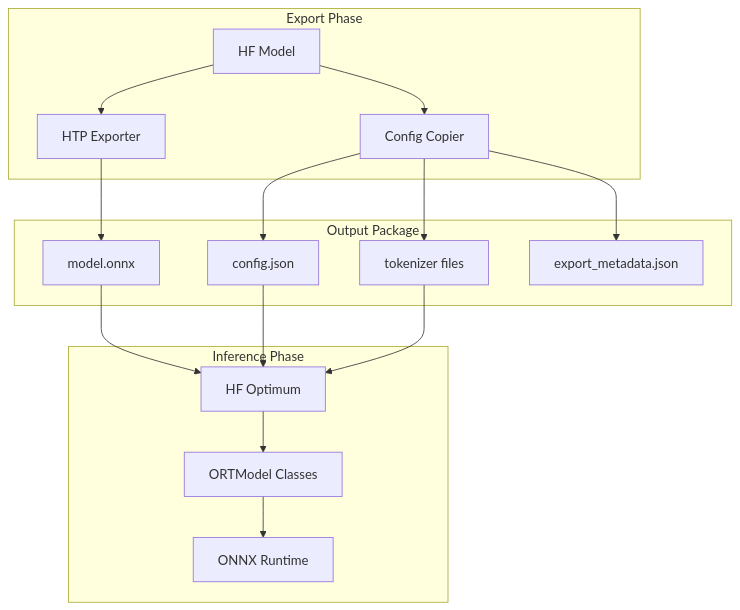
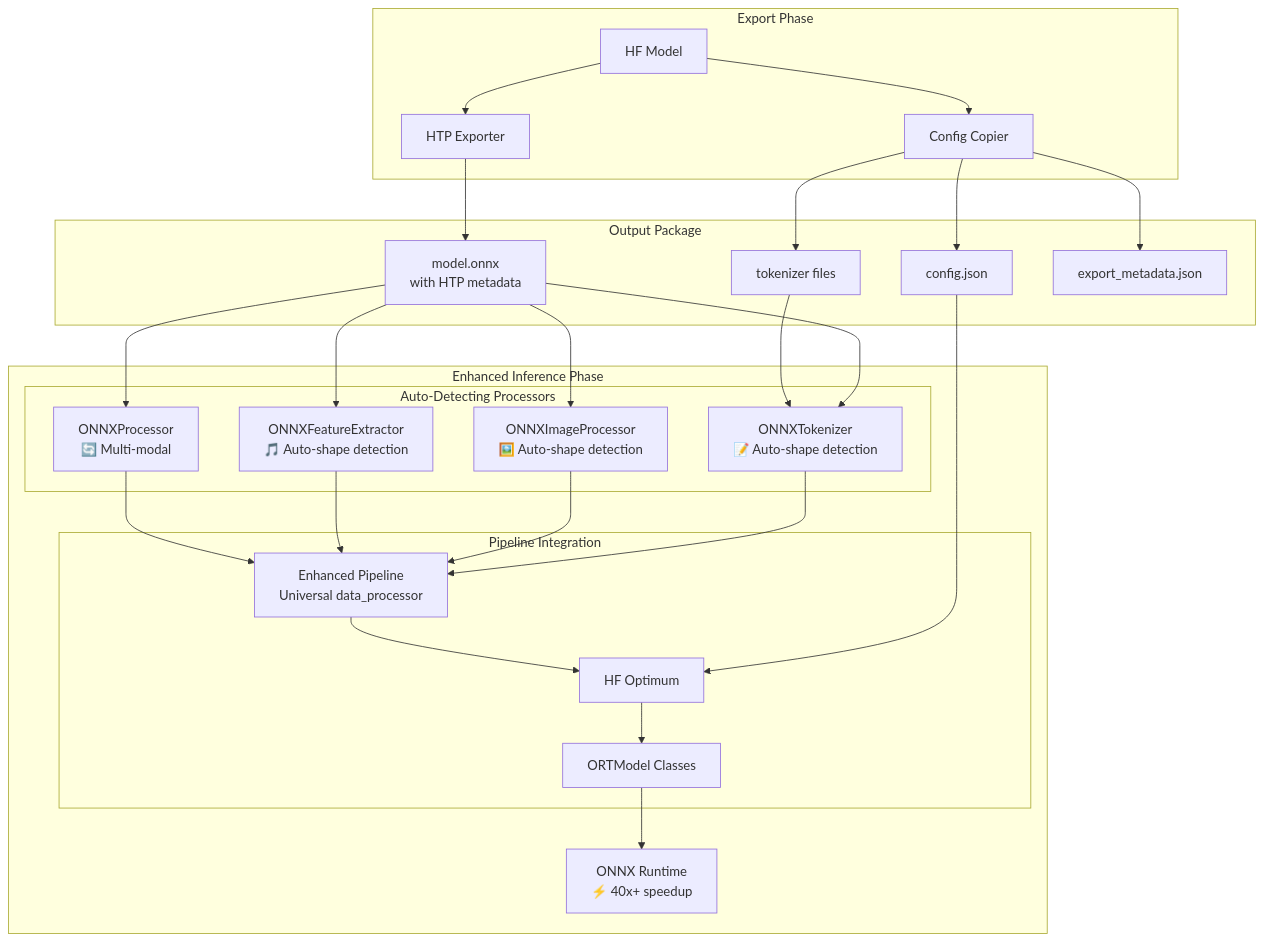
Before and after one commit to tezheng/ModelInsider: the first of 7 diagrams in experiments/tez-144_onnx_automodel_infer/docs/high_level_design.md, drawn with Mermaid. The commit also changed other lines of this file and 20 other files, not shown here.

First line of the commit message:
[TEZ-144] refactor: update experimental ONNX inference files with deprecation notices

````diff
--- a/experiments/tez-144_onnx_automodel_infer/docs/high_level_design.md
+++ b/experiments/tez-144_onnx_automodel_infer/docs/high_level_design.md
@@ -9,34 +15,56 @@
 ```mermaid
 graph TB
     subgraph Export["Export Phase"]
         HFModel[HF Model]
         HTPExporter[HTP Exporter]
         ConfigCopier[Config Copier]
     end
     
     subgraph Output["Output Package"]
-        ONNX[model.onnx]
+        ONNX[model.onnx<br/>with HTP metadata]
         Config[config.json]
         Tokenizer[tokenizer files]
         Metadata[export_metadata.json]
     end
     
-    subgraph Inference["Inference Phase"]
-        Optimum[HF Optimum]
-        ORTModel[ORTModel Classes]
-        Runtime[ONNX Runtime]
+    subgraph "Enhanced Inference Phase"
+        subgraph "Auto-Detecting Processors"
+            ONNXTok[ONNXTokenizer<br/>📝 Auto-shape detection]
+            ONNXImg[ONNXImageProcessor<br/>🖼️ Auto-shape detection]
+            ONNXAud[ONNXFeatureExtractor<br/>🎵 Auto-shape detection]
+            ONNXMulti[ONNXProcessor<br/>🔄 Multi-modal]
+        end
+        
+        subgraph "Pipeline Integration"
+            EnhPipe[Enhanced Pipeline<br/>Universal data_processor]
+            Optimum[HF Optimum]
+            ORTModel[ORTModel Classes]
+        end
+        
+        Runtime[ONNX Runtime<br/>⚡ 40x+ speedup]
     end
     
     HFModel --> HTPExporter
     HFModel --> ConfigCopier
     HTPExporter --> ONNX
     ConfigCopier --> Config
     ConfigCopier --> Tokenizer
     ConfigCopier --> Metadata
     
-    ONNX --> Optimum
+    ONNX --> ONNXTok
+    ONNX --> ONNXImg
+    ONNX --> ONNXAud
+    ONNX --> ONNXMulti
+    
     Config --> Optimum
-    Tokenizer --> Optimum
+    Tokenizer --> ONNXTok
+    
+    ONNXTok --> EnhPipe
+    ONNXImg --> EnhPipe
+    ONNXAud --> EnhPipe
+    ONNXMulti --> EnhPipe
+    
+    EnhPipe --> Optimum
     Optimum --> ORTModel
     ORTModel --> Runtime
 ```
````
